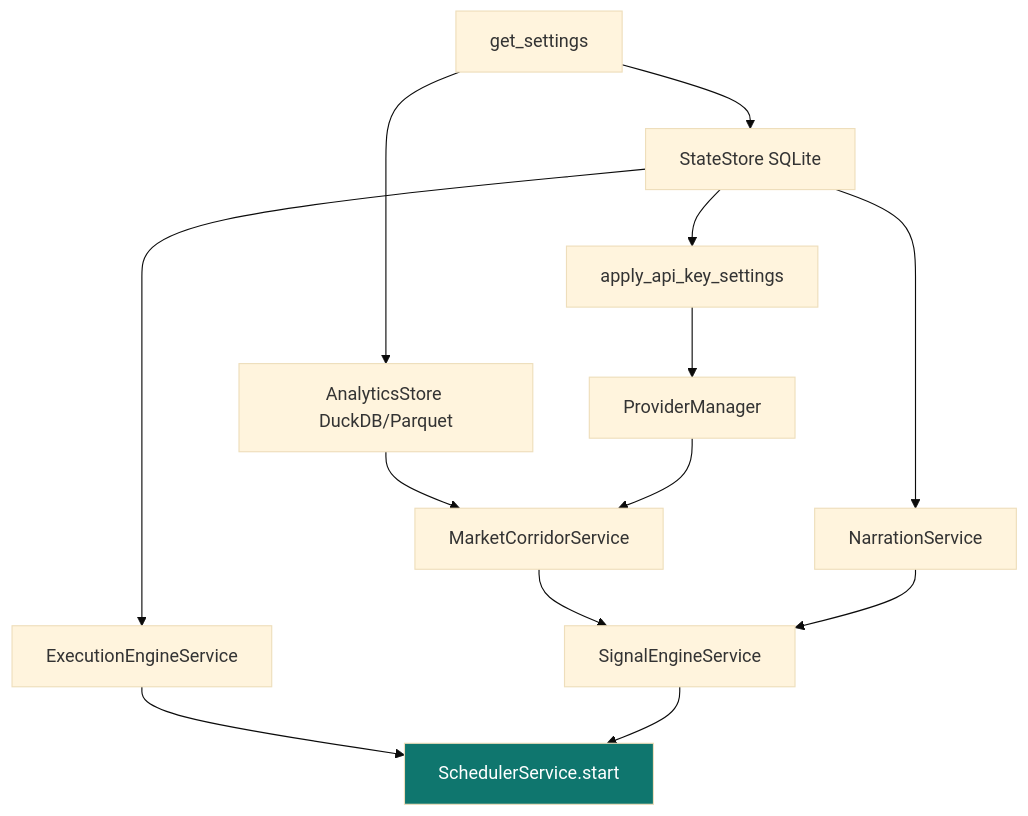
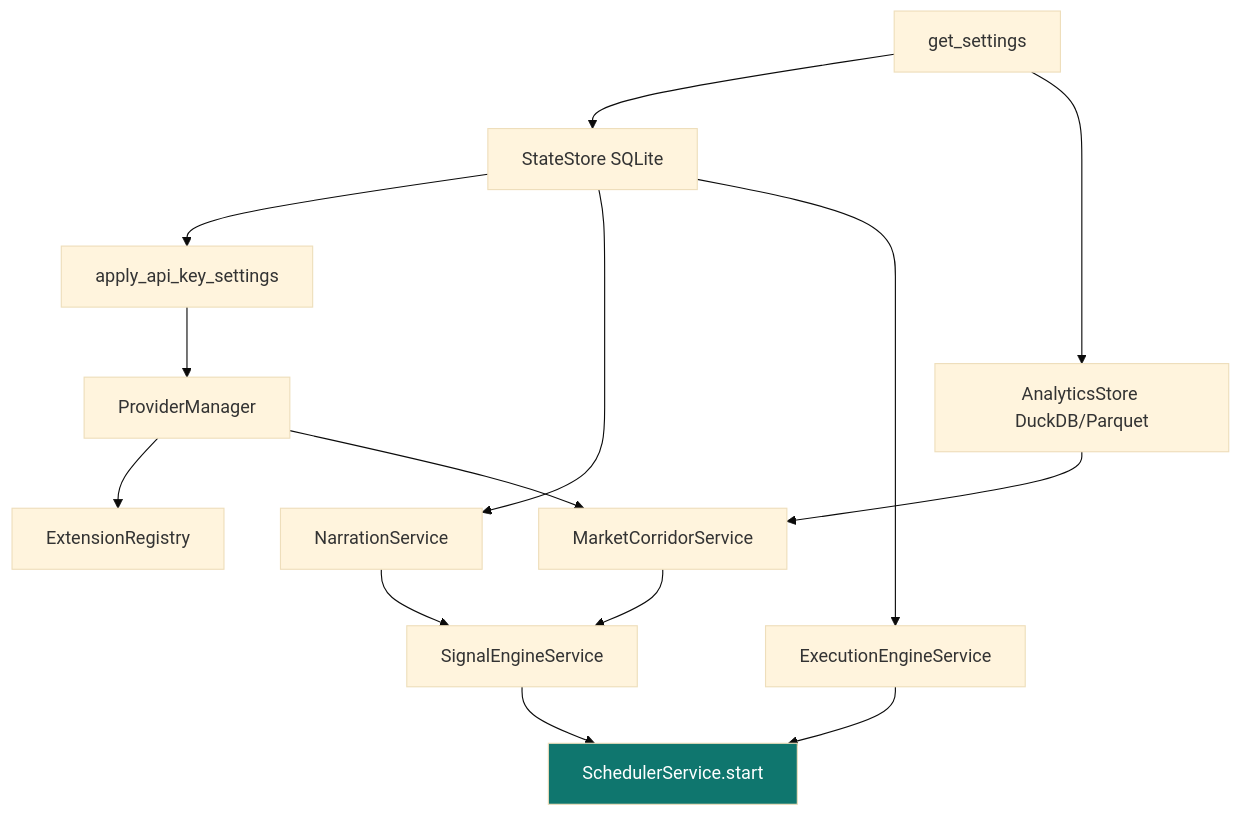
The diagram in docs/technical/02-backend.md (quantglass-labs/quantglass), drawn with Mermaid (base theme) before and after one commit. The commit also changed other lines of this file and 31 other files, not shown here.

Commit message:
Add extension registry and flexible AI gateways

````diff
--- a/docs/technical/02-backend.md
+++ b/docs/technical/02-backend.md
@@ -13,16 +13,17 @@
 ```mermaid
 flowchart TB
     A[get_settings] --> B[StateStore SQLite]
     A --> C[AnalyticsStore DuckDB/Parquet]
     B --> D[apply_api_key_settings]
     D --> E[ProviderManager]
+    E --> X[ExtensionRegistry]
     C --> F[MarketCorridorService]
     E --> F
     B --> G[NarrationService]
     F --> H[SignalEngineService]
     G --> H
     B --> I[ExecutionEngineService]
     I --> J[SchedulerService.start]
     H --> J
     style J fill:#0f766e,color:#fff
 ```
````
